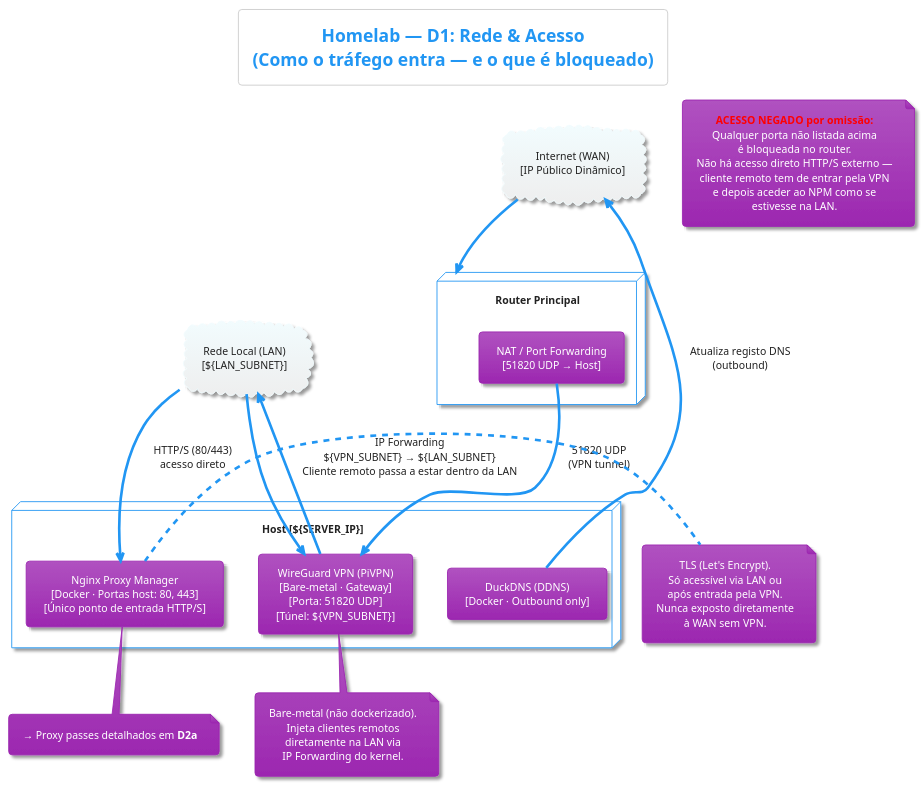
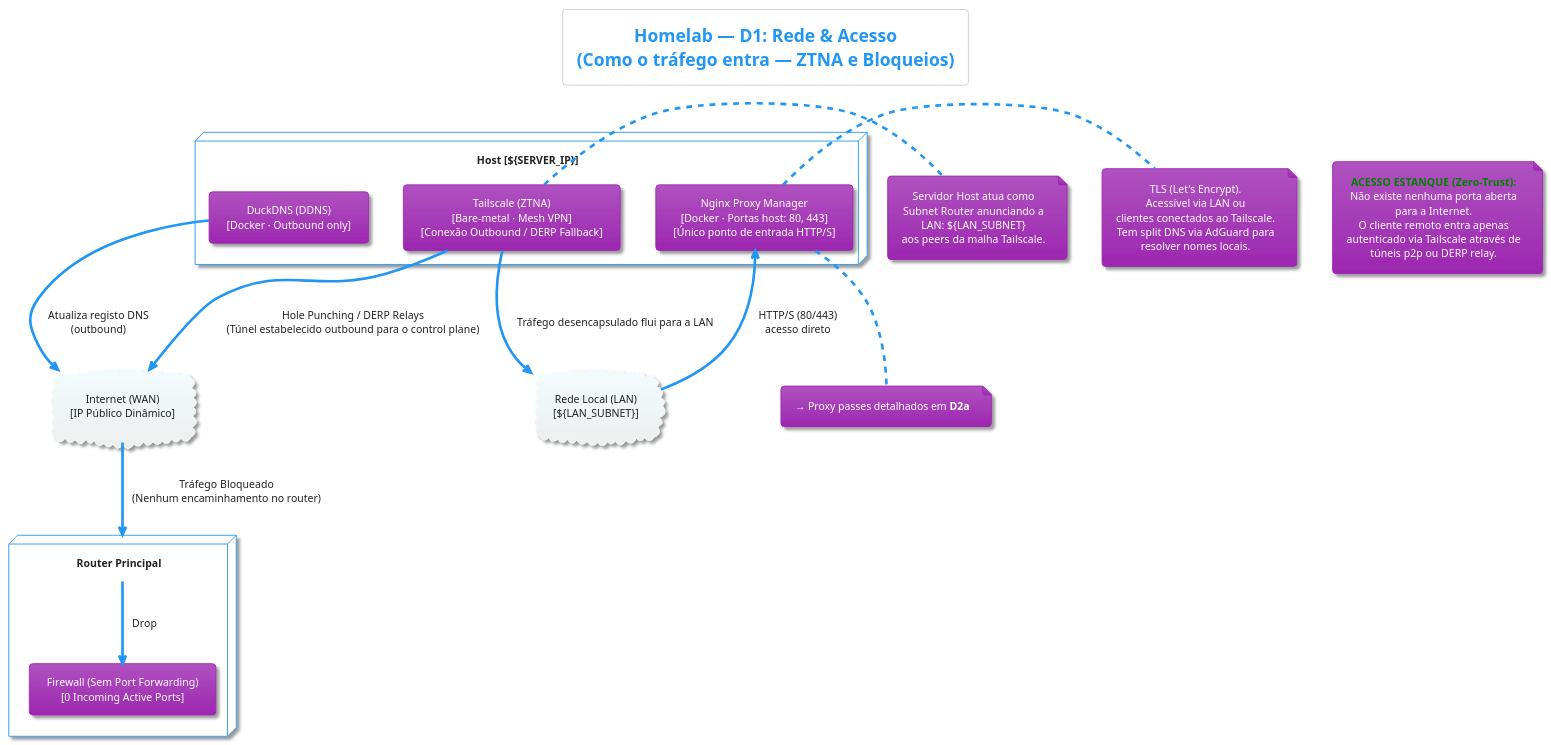
Before and after one commit to GuiCoelhoC/HomeLab_Public: the diagram in Documents/DiagramasC4model/D1_Rede_Acesso.puml, drawn with PlantUML. The commit also changed 6 other files, not shown here.

Commit message:
Update architecture diagrams and README to reflect migration from WireGuard to Tailscale for enhanced security, access management and problem solving

```diff
--- a/Documents/DiagramasC4model/D1_Rede_Acesso.puml
+++ b/Documents/DiagramasC4model/D1_Rede_Acesso.puml
@@ -1,78 +1,74 @@
 @startuml D1_Rede_Acesso
 !theme materia
-title Homelab — D1: Rede & Acesso\n(Como o tráfego entra — e o que é bloqueado)
+title Homelab — D1: Rede & Acesso\n(Como o tráfego entra — ZTNA e Bloqueios)
 
 top to bottom direction
 skinparam defaultTextAlignment center
 skinparam nodesep 40
 skinparam ranksep 55
 
 ' ── Sistemas externos ─────────────────────────────────────────
 cloud "Internet (WAN)\n[IP Público Dinâmico]" as wan
 cloud "Rede Local (LAN)\n[${LAN_SUBNET}]" as lan
 
 ' ── Router ────────────────────────────────────────────────────
 node "Router Principal" as router {
-    card "NAT / Port Forwarding\n[51820 UDP → Host]" as nat
+    card "Firewall (Sem Port Forwarding)\n[0 Incoming Active Ports]" as nat
 }
 
 ' ── Host ──────────────────────────────────────────────────────
 node "Host [${SERVER_IP}]" as host {
 
     card "DuckDNS (DDNS)\n[Docker · Outbound only]" as ddns
 
-    card "WireGuard VPN (PiVPN)\n[Bare-metal · Gateway]\n[Porta: 51820 UDP]\n[Túnel: ${VPN_SUBNET}]" as vpn
+    card "Tailscale (ZTNA)\n[Bare-metal · Mesh VPN]\n[Conexão Outbound / DERP Fallback]" as vpn
 
     card "Nginx Proxy Manager\n[Docker · Portas host: 80, 443]\n[Único ponto de entrada HTTP/S]" as npm
 
 }
 
-' ── Fluxo da WAN para o router ───────────────────────────────
-wan --> router
+' ── Fluxos a partir da WAN ───────────────────────────────────
+wan --> router : "Tráfego Bloqueado\n(Nenhum encaminhamento no router)"
+router --> nat : "Drop"
 
-' ── Port forwarding no router ────────────────────────────────
-nat --> vpn     : "51820 UDP\n(VPN tunnel)"
+' ── Ligação Tailscale (Perfurando a Rede) ────────────────────
+vpn --> wan : "Hole Punching / DERP Relays\n(Túnel estabelecido outbound para o control plane)"
+note right of vpn
+  Servidor Host atua como
+  Subnet Router anunciando a
+  LAN: ${LAN_SUBNET}
+  aos peers da malha Tailscale.
+end note
 
 ' ── Acesso LAN direto ────────────────────────────────────────
 lan --> npm : "HTTP/S (80/443)\nacesso direto"
-lan --> vpn
+vpn --> lan : "Tráfego desencapsulado flui para a LAN"
 
 ' ── DDNS outbound ────────────────────────────────────────────
 ddns --> wan : "Atualiza registo DNS\n(outbound)"
 
-' ── VPN injeta na LAN ────────────────────────────────────────
-vpn --> lan : "IP Forwarding\n${VPN_SUBNET} → ${LAN_SUBNET}\nCliente remoto passa a estar dentro da LAN"
-
 ' ── Bloqueio explícito ────────────────────────────────────────
 note as block
-  <color:red>**ACESSO NEGADO por omissão:**</color>
-  Qualquer porta não listada acima
-  é bloqueada no router.
-  Não há acesso direto HTTP/S externo —
-  cliente remoto tem de entrar pela VPN
-  e depois aceder ao NPM como se
-  estivesse na LAN.
+  <color:green>**ACESSO ESTANQUE (Zero-Trust):**</color>
+  Não existe nenhuma porta aberta
+  para a Internet.
+  O cliente remoto entra apenas
+  autenticado via Tailscale através de
+  túneis p2p ou DERP relay.
 end note
 
 ' ── Notas de contexto ────────────────────────────────────────
-note bottom of vpn
-  Bare-metal (não dockerizado).
-  Injeta clientes remotos
-  diretamente na LAN via
-  IP Forwarding do kernel.
-end note
-
 note right of npm
   TLS (Let's Encrypt).
-  Só acessível via LAN ou
-  após entrada pela VPN.
-  Nunca exposto diretamente
-  à WAN sem VPN.
+  Acessível via LAN ou
+  clientes conectados ao Tailscale.
+  Tem split DNS via AdGuard para
+  resolver nomes locais.
 end note
 
 ' ── Referência cruzada ───────────────────────────────────────
 note bottom of npm
   → Proxy passes detalhados em **D2a**
 end note
 
 @enduml
```
